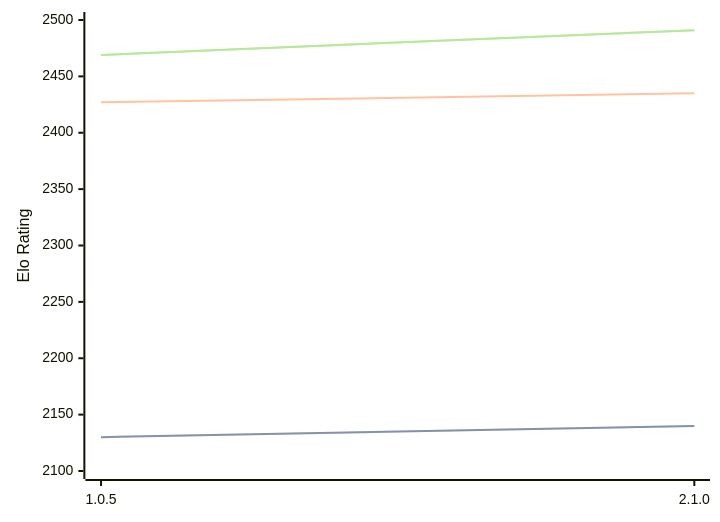
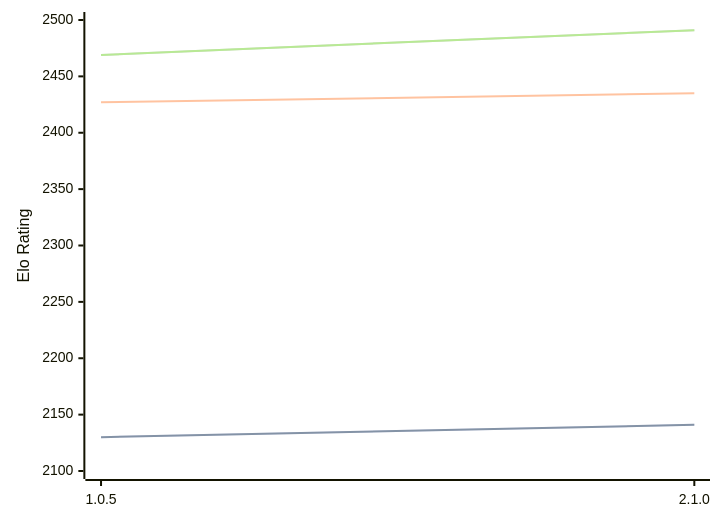
The diagram in engines/Ruffian.md (computer-chess-index/cci), drawn with Mermaid before and after one commit. The commit also changed other lines of this file, not shown here.

````diff
--- a/engines/Ruffian.md
+++ b/engines/Ruffian.md
@@ -32,11 +32,11 @@
 ```mermaid
 %%{init: {"theme":"base","themeVariables":{"seriesColors:['#a3a3a3','#222221','#faa371']}}}%%
 xychart-beta
   x-axis ["1.0.5", "2.1.0"]
   y-axis "Elo Rating" 2100 --> 2500
-  line "STC (8.0+0.08s)" [2130, 2140]
-  line "STC (8.0+0.08s)" [2130, 2140]
+  line "STC (8.0+0.08s)" [2130, 2141]
+  line "STC (8.0+0.08s)" [2130, 2141]
   line "LTC (60.0+0.60s)" [2427, 2435]
   line "VLTC (2m24s+1.12s)" [2469, 2491]
   line "VLTC (2m24s+1.12s)" [2469, 2491]
 ```
````
